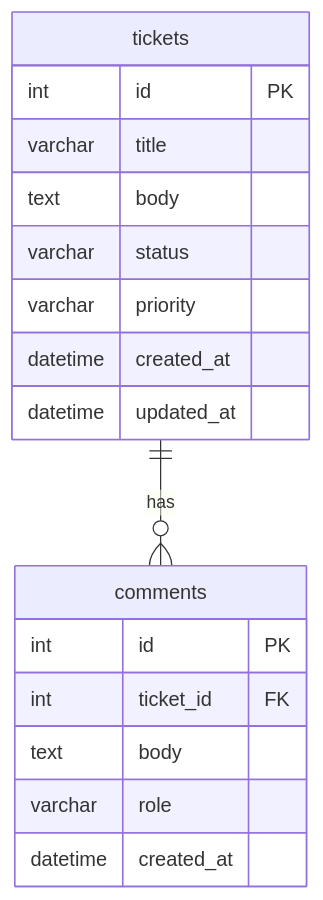
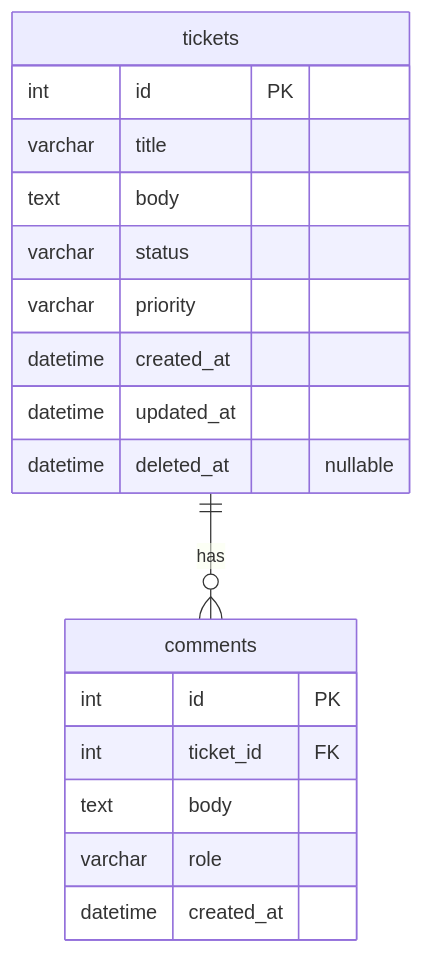
Before and after one commit to kokoira/contactManager: the diagram in docs/database-design.md, drawn with Mermaid. The commit also changed other lines of this file and 8 other files, not shown here.

````diff
--- a/docs/database-design.md
+++ b/docs/database-design.md
@@ -11,20 +11,21 @@
 ```mermaid
 erDiagram
     tickets {
         int id PK
         varchar title
         text body
         varchar status
         varchar priority
         datetime created_at
         datetime updated_at
+        datetime deleted_at "nullable"
     }
     comments {
         int id PK
         int ticket_id FK
         text body
         varchar role
         datetime created_at
     }
     tickets ||--o{ comments : "has"
 ```
````
